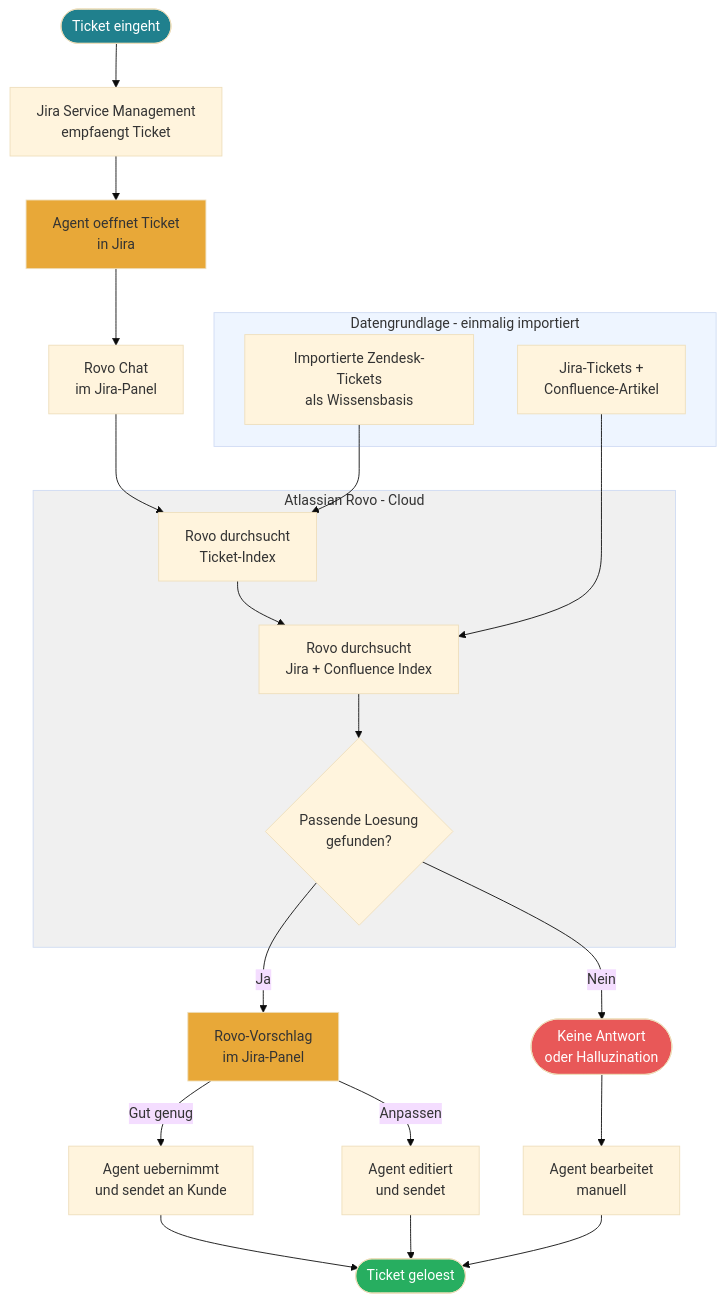
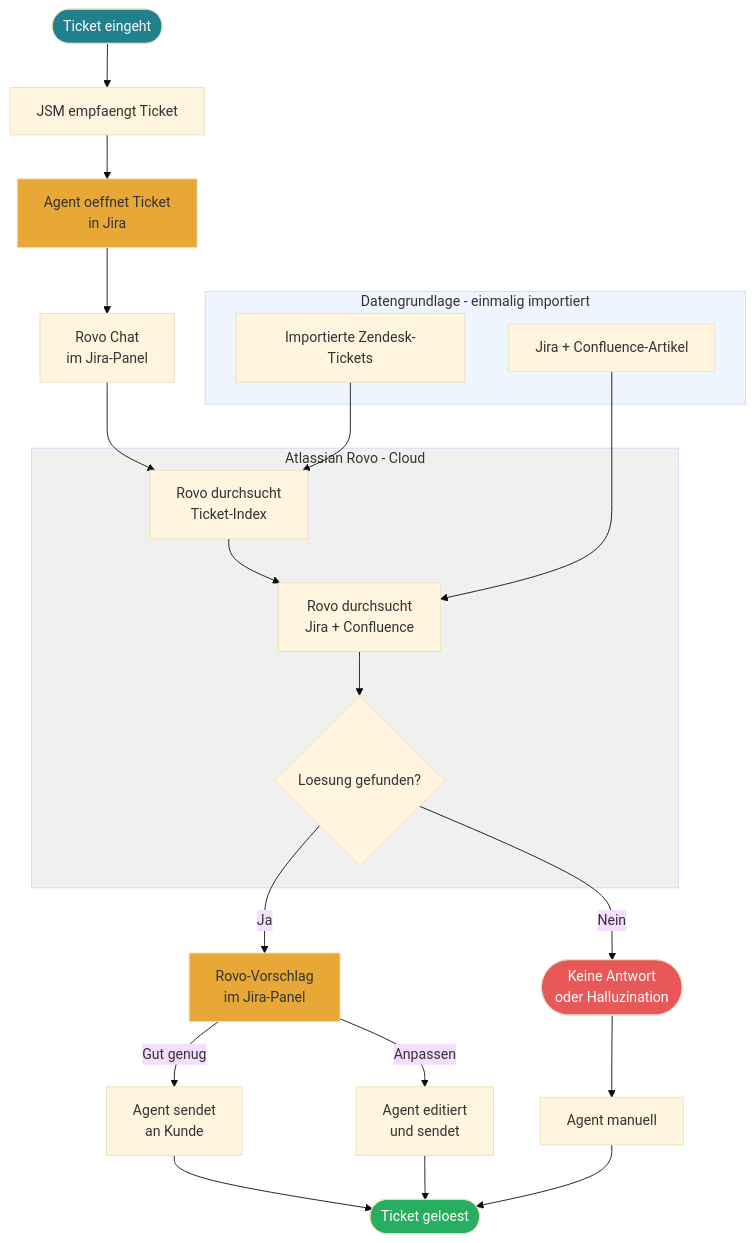
Before and after one commit to tekknix/zendesk-ai: the ninth of 11 diagrams in readme.md, drawn with Mermaid (base theme). The commit also changed other lines of this file, not shown here.

````diff
--- a/readme.md
+++ b/readme.md
@@ -185,36 +206,36 @@
 ```mermaid
 flowchart TD
-    A([Ticket eingeht]) --> B[Jira Service Management<br>empfaengt Ticket]
+    A([Ticket eingeht]) --> B[JSM empfaengt Ticket]
     B --> C[Agent oeffnet Ticket<br>in Jira]
     C --> D[Rovo Chat<br>im Jira-Panel]
     D --> E[Rovo durchsucht<br>Ticket-Index]
-    E --> F[Rovo durchsucht<br>Jira + Confluence Index]
-    F --> G{Passende Loesung<br>gefunden?}
+    E --> F[Rovo durchsucht<br>Jira + Confluence]
+    F --> G{Loesung gefunden?}
     G -->|Ja| H[Rovo-Vorschlag<br>im Jira-Panel]
     G -->|Nein| X([Keine Antwort<br>oder Halluzination])
-    H -->|Gut genug| I[Agent uebernimmt<br>und sendet an Kunde]
+    H -->|Gut genug| I[Agent sendet<br>an Kunde]
     H -->|Anpassen| K[Agent editiert<br>und sendet]
-    X --> J[Agent bearbeitet<br>manuell]
+    X --> J[Agent manuell]
     I --> L([Ticket geloest])
     K --> L
     J --> L
 
     subgraph ROVO [Atlassian Rovo - Cloud]
         E
         F
         G
     end
 
     subgraph IMPORT [Datengrundlage - einmalig importiert]
-        Z1[Importierte Zendesk-Tickets<br>als Wissensbasis] --> E
-        Z2[Jira-Tickets +<br>Confluence-Artikel] --> F
+        Z1[Importierte Zendesk-Tickets] --> E
+        Z2[Jira + Confluence-Artikel] --> F
     end
 
     style A fill:#20808D,color:#fff
     style C fill:#E8A838,color:#333
     style H fill:#E8A838,color:#333
     style L fill:#27AE60,color:#fff
     style X fill:#E85858,color:#fff
     style ROVO fill:#f0f0f0,color:#333
     style IMPORT fill:#eef5ff,color:#333
 ```
````
